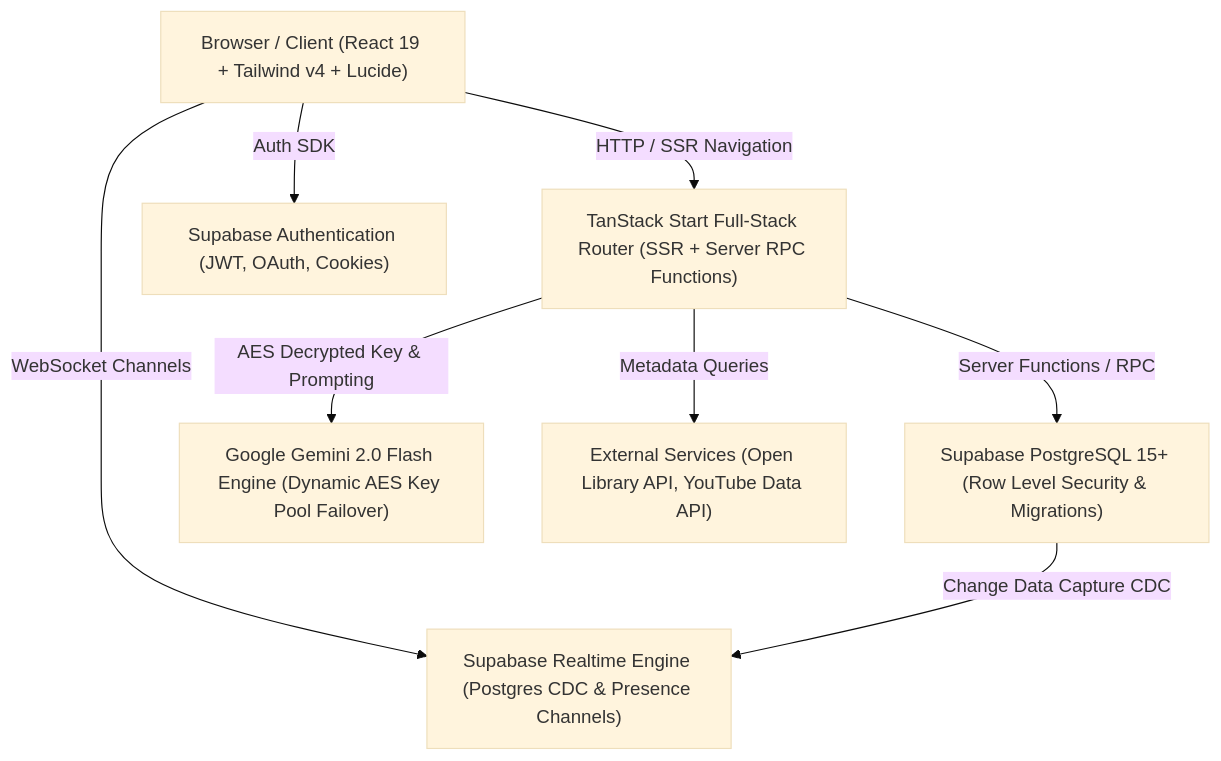
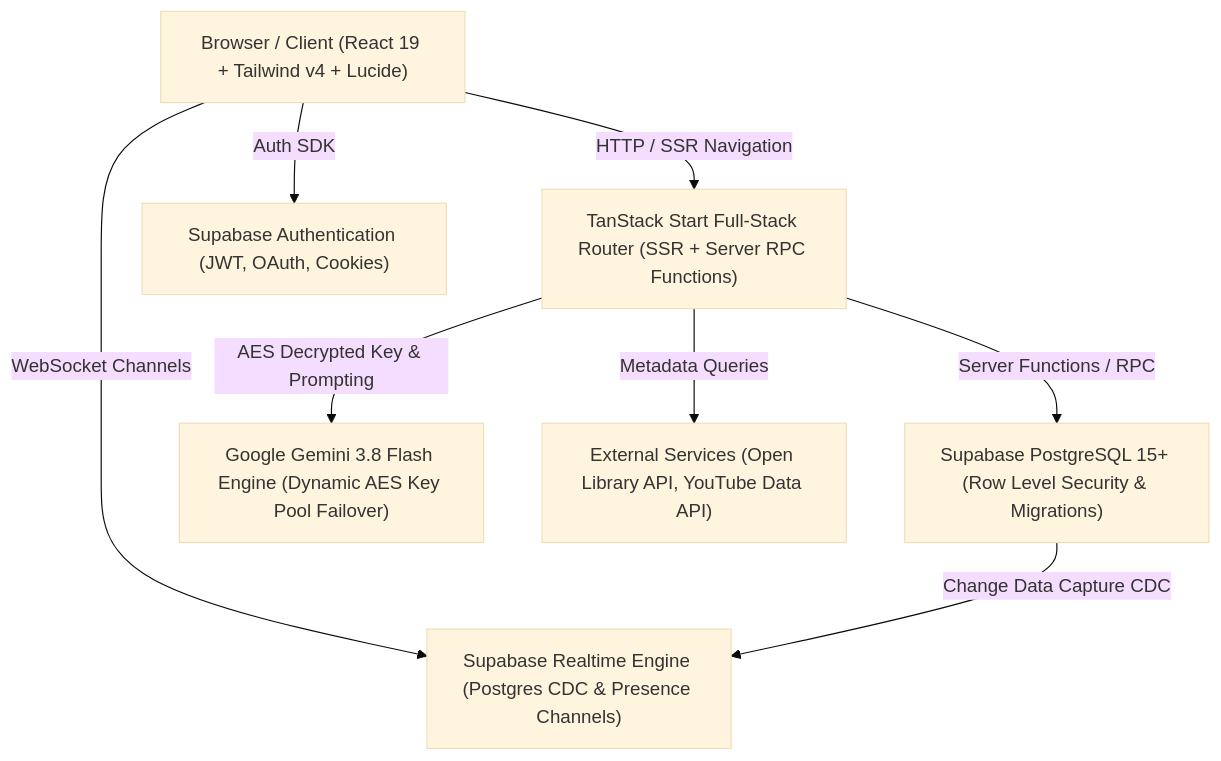
The fifth of 7 diagrams in README.md (eseromdemissew/vellum), drawn with Mermaid (base theme) before and after one commit. The commit also changed other lines of this file, not shown here.

````diff
--- a/README.md
+++ b/README.md
@@ -532,18 +532,18 @@
 ```mermaid
 flowchart TD
     Client["Browser / Client (React 19 + Tailwind v4 + Lucide)"]
     StartRouter["TanStack Start Full-Stack Router (SSR + Server RPC Functions)"]
     SupabaseAuth["Supabase Authentication (JWT, OAuth, Cookies)"]
     SupabaseDB["Supabase PostgreSQL 15+ (Row Level Security & Migrations)"]
     SupabaseRT["Supabase Realtime Engine (Postgres CDC & Presence Channels)"]
-    GeminiPool["Google Gemini 2.0 Flash Engine (Dynamic AES Key Pool Failover)"]
+    GeminiPool["Google Gemini 3.8 Flash Engine (Dynamic AES Key Pool Failover)"]
     ExternalAPIs["External Services (Open Library API, YouTube Data API)"]
 
     Client -->|"HTTP / SSR Navigation"| StartRouter
     Client -->|"Auth SDK"| SupabaseAuth
     Client -->|"WebSocket Channels"| SupabaseRT
     StartRouter -->|"Server Functions / RPC"| SupabaseDB
     StartRouter -->|"AES Decrypted Key & Prompting"| GeminiPool
     StartRouter -->|"Metadata Queries"| ExternalAPIs
     SupabaseDB -->|"Change Data Capture CDC"| SupabaseRT
 ```
````
